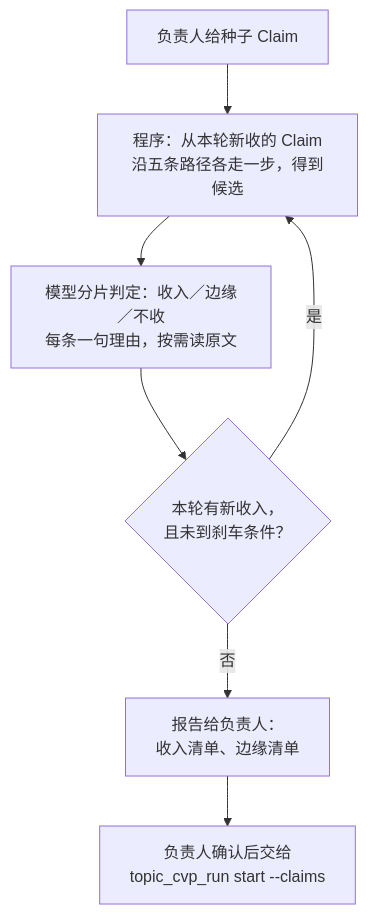
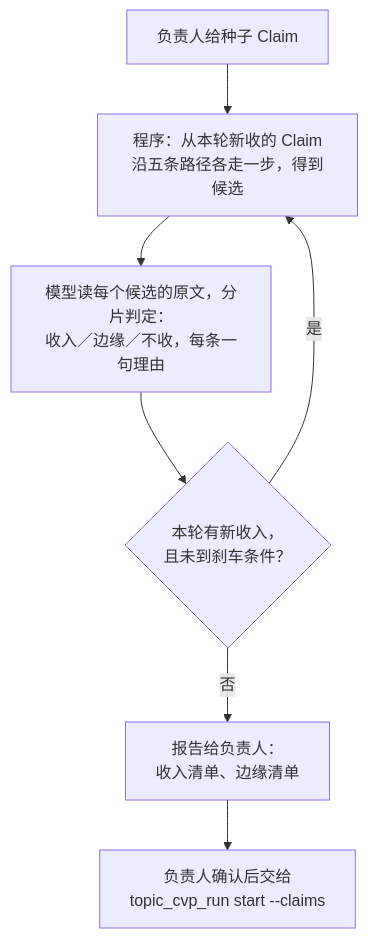
The diagram in docs/wang-knowledge-platform/20-knowledge/topic_discovery_agent_solution.md (junyang168/smart-answer), drawn with Mermaid before and after one commit. The commit also changed other lines of this file and 2 other files, not shown here.

````diff
--- a/docs/wang-knowledge-platform/20-knowledge/topic_discovery_agent_solution.md
+++ b/docs/wang-knowledge-platform/20-knowledge/topic_discovery_agent_solution.md
@@ -31,9 +31,9 @@
 ```mermaid
 flowchart TD
     S["负责人给种子 Claim"] --> W["程序：从本轮新收的 Claim<br/>沿五条路径各走一步，得到候选"]
-    W --> J["模型分片判定：收入／边缘／不收<br/>每条一句理由，按需读原文"]
+    W --> J["模型读每个候选的原文，分片判定：<br/>收入／边缘／不收，每条一句理由"]
     J --> B{"本轮有新收入，<br/>且未到刹车条件？"}
     B -->|是| W
     B -->|否| R["报告给负责人：<br/>收入清单、边缘清单"]
     R --> T["负责人确认后交给<br/>topic_cvp_run start --claims"]
 ```
````
